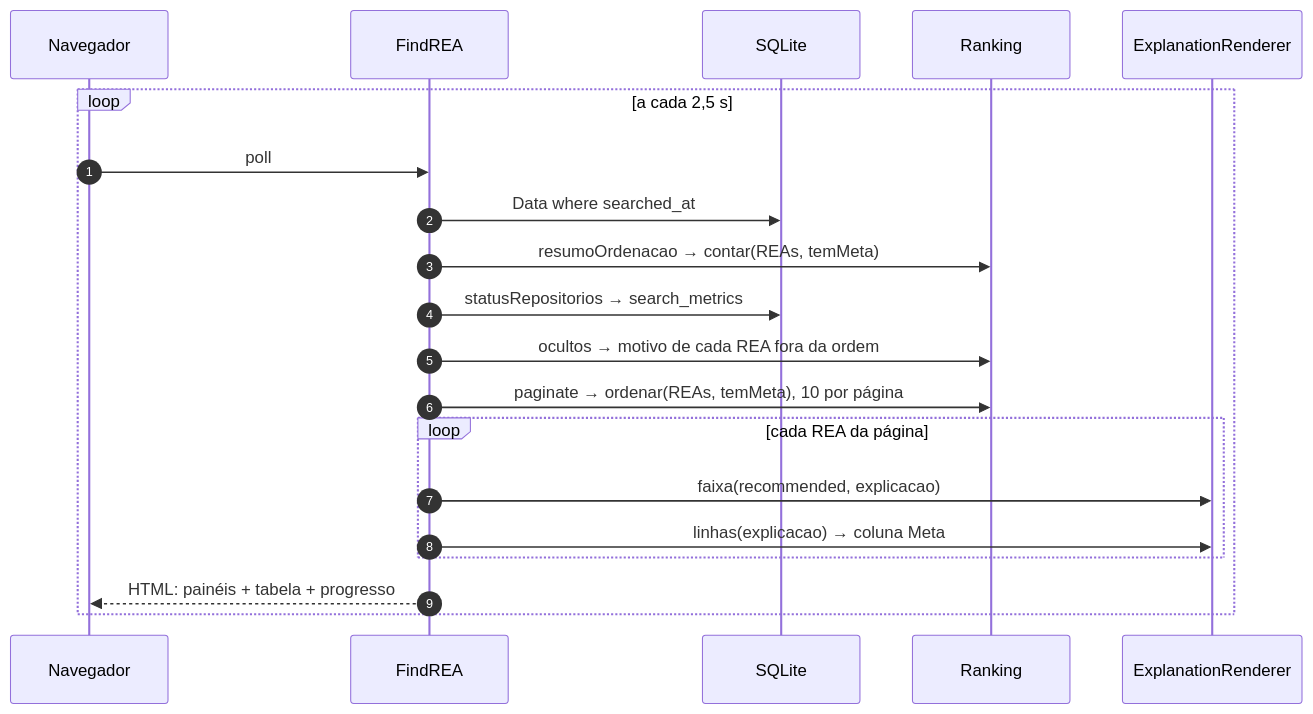
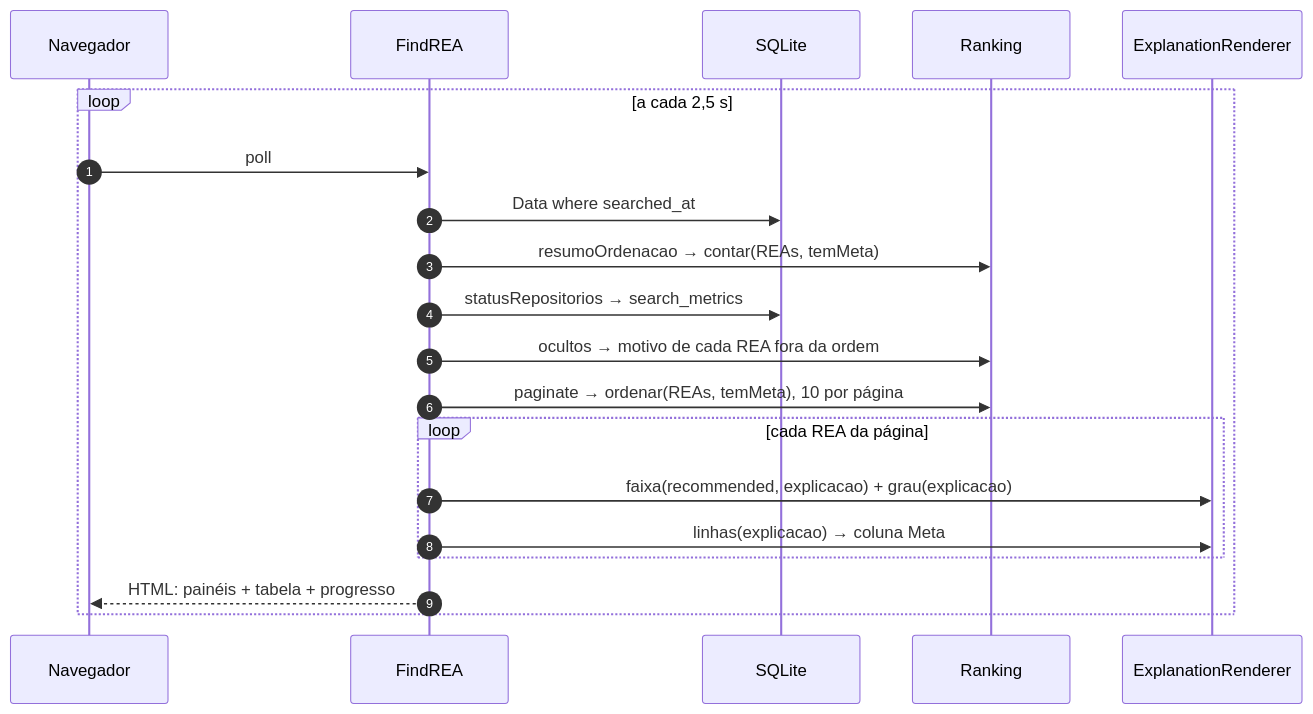
The tenth of 25 diagrams in docs/fluxos-transparencia.md (razimbrao/sis-read), drawn with Mermaid before and after one commit. The commit also changed other lines of this file and 23 other files, not shown here.

````diff
--- a/docs/fluxos-transparencia.md
+++ b/docs/fluxos-transparencia.md
@@ -392,23 +393,23 @@
 ```mermaid
 sequenceDiagram
     autonumber
     participant B as Navegador
     participant F as FindREA
     participant DB as SQLite
     participant RK as Ranking
     participant ER as ExplanationRenderer
 
     loop a cada 2,5 s
         B->>F: poll
         F->>DB: Data where searched_at
         F->>RK: resumoOrdenacao → contar(REAs, temMeta)
         F->>DB: statusRepositorios → search_metrics
         F->>RK: ocultos → motivo de cada REA fora da ordem
         F->>RK: paginate → ordenar(REAs, temMeta), 10 por página
         loop cada REA da página
-            F->>ER: faixa(recommended, explicacao)
+            F->>ER: faixa(recommended, explicacao) + grau(explicacao)
             F->>ER: linhas(explicacao) → coluna Meta
         end
         F-->>B: HTML: painéis + tabela + progresso
     end
 ```
````
